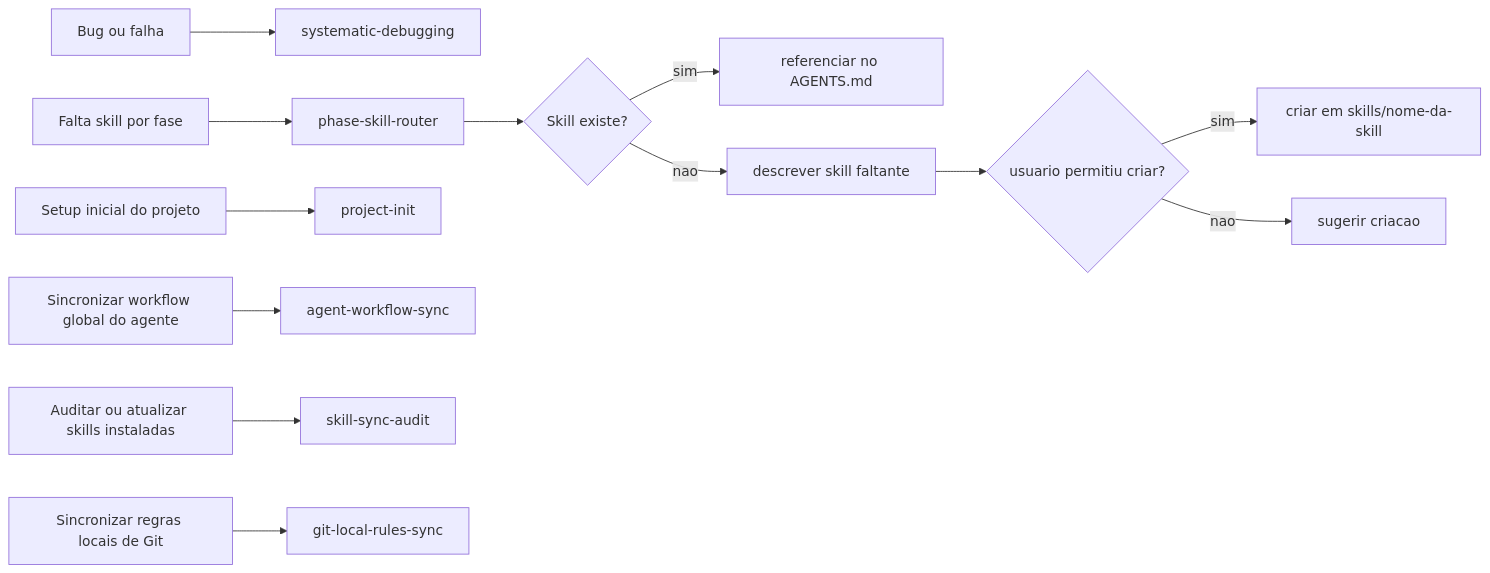
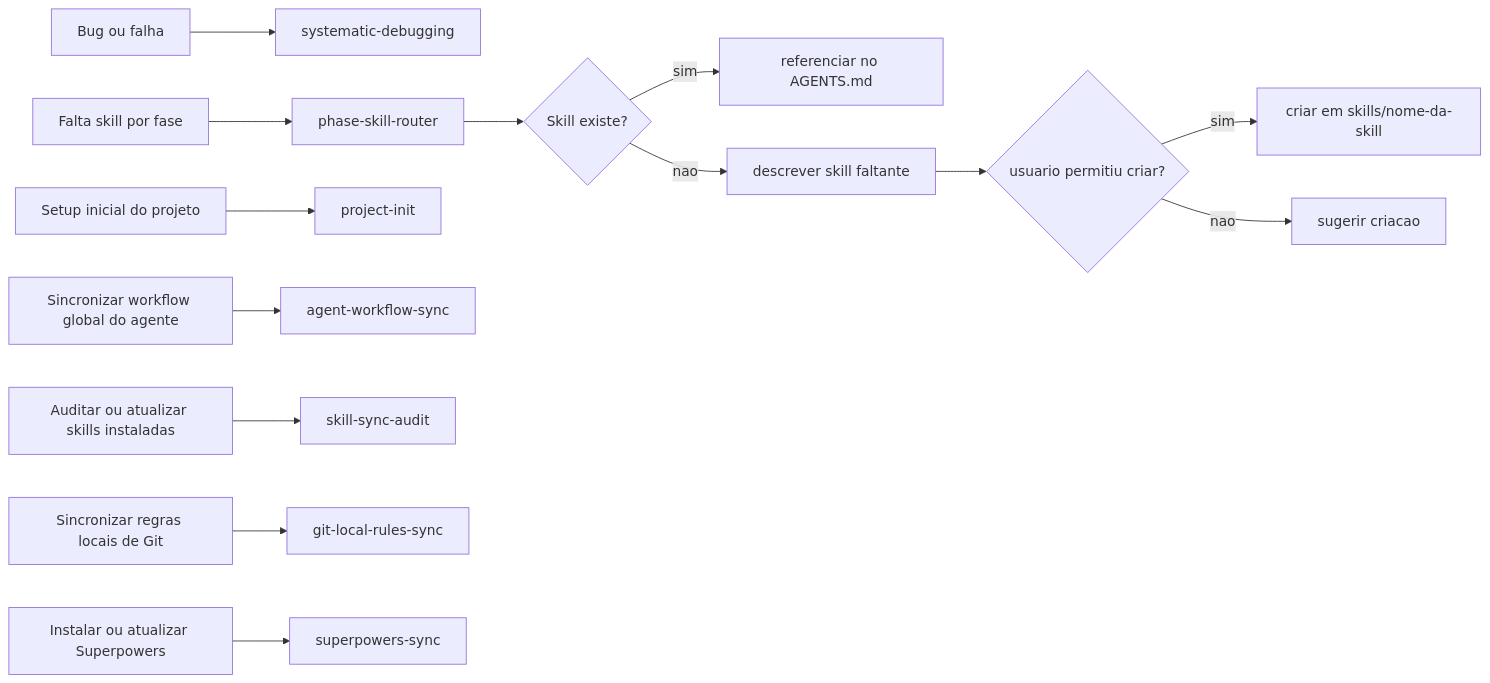
The third of 3 diagrams in docs/workflow-flowchart.md (eduardosanson/agentic-dev-playbook), drawn with Mermaid before and after one commit. The commit also changed other lines of this file and 6 other files, not shown here.

Commit message:
feat: integrate superpowers installation and sync

````diff
--- a/docs/workflow-flowchart.md
+++ b/docs/workflow-flowchart.md
@@ -201,15 +201,16 @@
 ```mermaid
 flowchart LR
     A[Bug ou falha] --> B[systematic-debugging]
     C[Falta skill por fase] --> D[phase-skill-router]
     D --> E{Skill existe?}
     E -- sim --> F[referenciar no AGENTS.md]
     E -- nao --> G[descrever skill faltante]
     G --> H{usuario permitiu criar?}
     H -- sim --> I[criar em skills/nome-da-skill]
     H -- nao --> J[sugerir criacao]
     K[Setup inicial do projeto] --> L[project-init]
     M[Sincronizar workflow global do agente] --> N[agent-workflow-sync]
     O[Auditar ou atualizar skills instaladas] --> P[skill-sync-audit]
     Q[Sincronizar regras locais de Git] --> R[git-local-rules-sync]
+    S[Instalar ou atualizar Superpowers] --> T[superpowers-sync]
 ```
````
